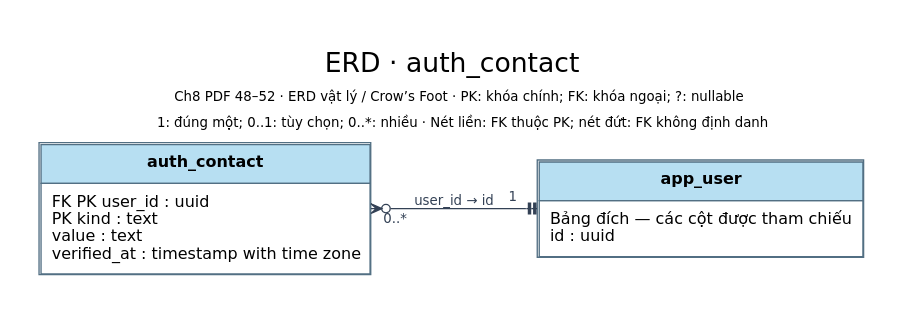
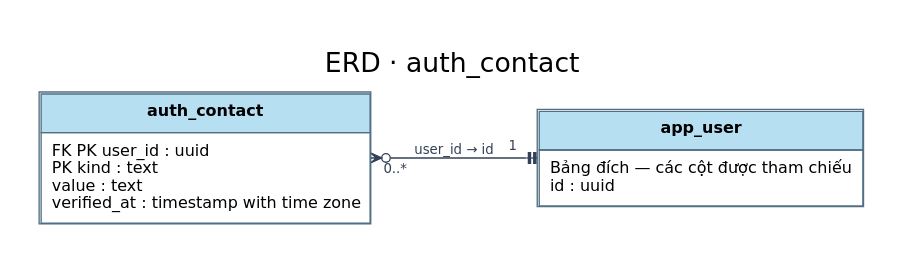
One commit to TEAM-DEV-FIVE/WMS_BA_2_0 changed the diagram in 03_So_do/Hien_hanh/dot/ERD_auth_contact.dot. Above: the diagram before and after it, drawn with Graphviz. The commit also changed 268 other files, not shown here.

Commit message:
docs: remove technical captions from current diagrams

```diff
--- a/03_So_do/Hien_hanh/dot/ERD_auth_contact.dot
+++ b/03_So_do/Hien_hanh/dot/ERD_auth_contact.dot
@@ -1,9 +1,9 @@
 digraph WMS {
 graph [rankdir=LR, bgcolor="white", nodesep=.5, ranksep=.9, pad=.3];
 node [shape=plain, fontname="DejaVu Sans", fontsize=12];
 edge [fontname="DejaVu Sans", fontsize=10, color="#334155", fontcolor="#334155", arrowsize=.8];
-label=<<TABLE BORDER="0" CELLBORDER="0" CELLPADDING="3"><TR><TD><FONT POINT-SIZE="20">ERD · auth_contact</FONT></TD></TR><TR><TD><FONT POINT-SIZE="10">Ch8 PDF 48–52 · ERD vật lý / Crow’s Foot · PK: khóa chính; FK: khóa ngoại; ?: nullable</FONT></TD></TR><TR><TD><FONT POINT-SIZE="10">1: đúng một; 0..1: tùy chọn; 0..*: nhiều · Nét liền: FK thuộc PK; nét đứt: FK không định danh</FONT></TD></TR></TABLE>>; labelloc=t; fontname="DejaVu Sans"; fontsize=16;
+label=<<TABLE BORDER="0" CELLBORDER="0" CELLPADDING="3"><TR><TD><FONT POINT-SIZE="20">ERD · auth_contact</FONT></TD></TR></TABLE>>; labelloc=t; fontname="DejaVu Sans"; fontsize=16;
 "auth_contact" [label=<<TABLE BORDER="1" CELLBORDER="1" CELLSPACING="0" CELLPADDING="7" COLOR="#526f83"><TR><TD BGCOLOR="#b7dff2"><B>auth_contact</B></TD></TR><TR><TD ALIGN="LEFT" BALIGN="LEFT">FK PK user_id : uuid<BR ALIGN="LEFT"/>PK kind : text<BR ALIGN="LEFT"/>value : text<BR ALIGN="LEFT"/>verified_at : timestamp with time zone</TD></TR></TABLE>>];
 "app_user" [label=<<TABLE BORDER="1" CELLBORDER="1" CELLSPACING="0" CELLPADDING="7" COLOR="#526f83"><TR><TD BGCOLOR="#b7dff2"><B>app_user</B></TD></TR><TR><TD ALIGN="LEFT" BALIGN="LEFT">Bảng đích — các cột được tham chiếu<BR ALIGN="LEFT"/>id : uuid</TD></TR></TABLE>>];
 "auth_contact" -> "app_user" [label="user_id → id", dir="both", arrowtail="crowodot", arrowhead="teetee", taillabel="0..*", headlabel="1", labeldistance="2", style="solid"];
 }
```
